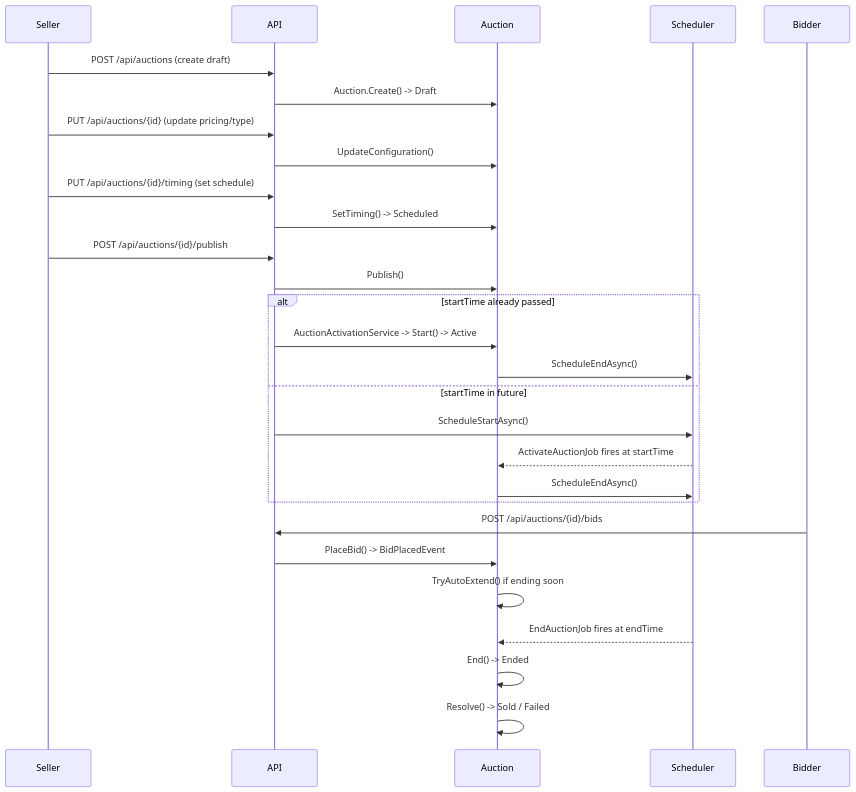
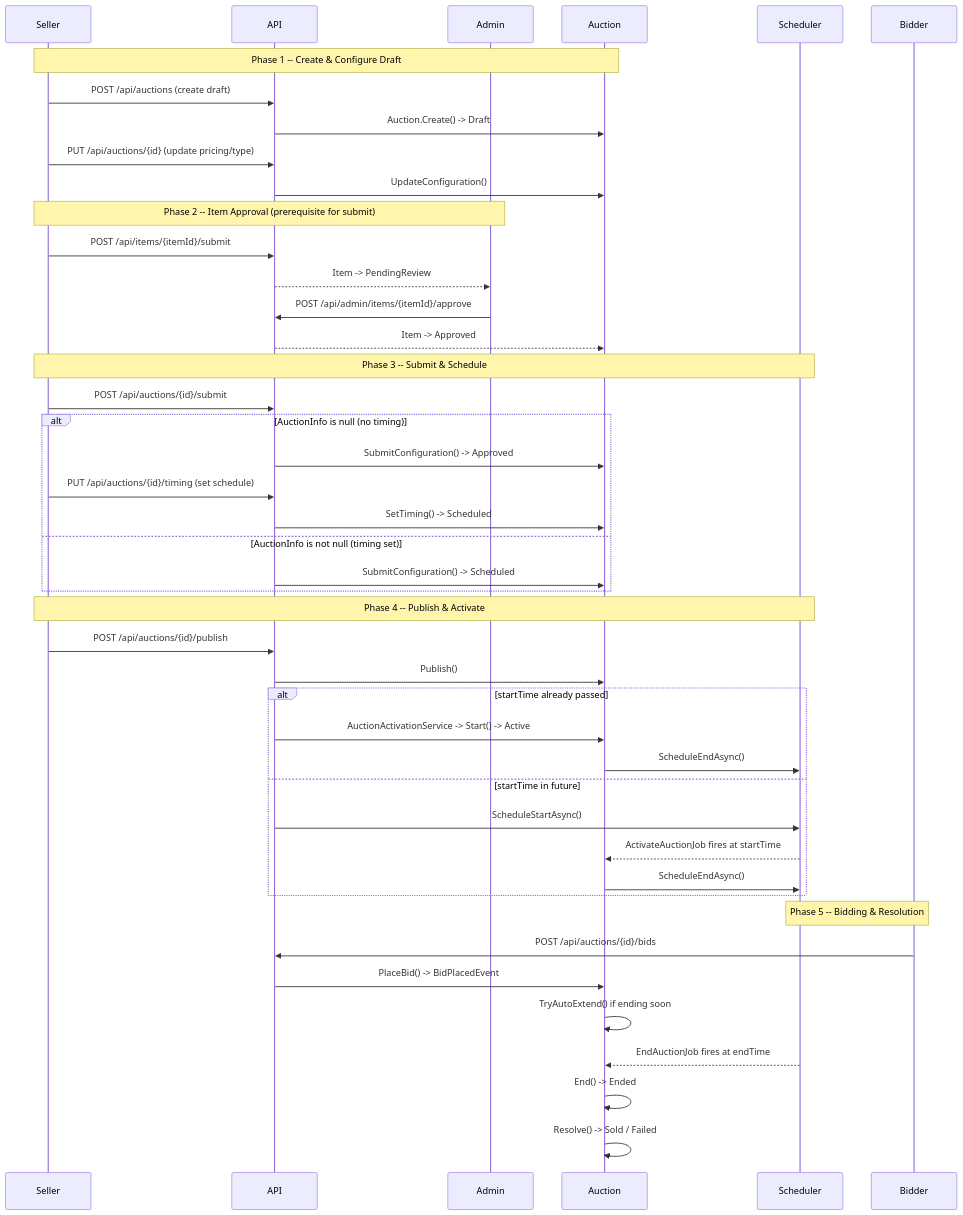
Before and after one commit to sep490-oio/backend: the second of 2 diagrams in docs/flows/06-auction-lifecycle/README.md, drawn with Mermaid. The commit also changed other lines of this file and 72 other files, not shown here.

Commit message:
Update auction submit flow docs: require item approval before submit, clarify timing prerequisites, and revise state transitions

````diff
--- a/docs/flows/06-auction-lifecycle/README.md
+++ b/docs/flows/06-auction-lifecycle/README.md
@@ -68,36 +63,53 @@
 ```mermaid
 sequenceDiagram
     participant Seller
     participant API
+    participant Admin
     participant Auction
     participant Scheduler
     participant Bidder
 
+    Note over Seller,Auction: Phase 1 -- Create & Configure Draft
     Seller->>API: POST /api/auctions (create draft)
     API->>Auction: Auction.Create() -> Draft
 
     Seller->>API: PUT /api/auctions/{id} (update pricing/type)
     API->>Auction: UpdateConfiguration()
 
-    Seller->>API: PUT /api/auctions/{id}/timing (set schedule)
-    API->>Auction: SetTiming() -> Scheduled
+    Note over Seller,Admin: Phase 2 -- Item Approval (prerequisite for submit)
+    Seller->>API: POST /api/items/{itemId}/submit
+    API-->>Admin: Item -> PendingReview
+    Admin->>API: POST /api/admin/items/{itemId}/approve
+    API-->>Auction: Item -> Approved
 
+    Note over Seller,Scheduler: Phase 3 -- Submit & Schedule
+    Seller->>API: POST /api/auctions/{id}/submit
+    alt AuctionInfo is null (no timing)
+        API->>Auction: SubmitConfiguration() -> Approved
+        Seller->>API: PUT /api/auctions/{id}/timing (set schedule)
+        API->>Auction: SetTiming() -> Scheduled
+    else AuctionInfo is not null (timing set)
+        API->>Auction: SubmitConfiguration() -> Scheduled
+    end
+
+    Note over Seller,Scheduler: Phase 4 -- Publish & Activate
     Seller->>API: POST /api/auctions/{id}/publish
     API->>Auction: Publish()
     alt startTime already passed
         API->>Auction: AuctionActivationService -> Start() -> Active
         Auction->>Scheduler: ScheduleEndAsync()
     else startTime in future
         API->>Scheduler: ScheduleStartAsync()
         Scheduler-->>Auction: ActivateAuctionJob fires at startTime
         Auction->>Scheduler: ScheduleEndAsync()
     end
 
+    Note over Bidder,Scheduler: Phase 5 -- Bidding & Resolution
     Bidder->>API: POST /api/auctions/{id}/bids
     API->>Auction: PlaceBid() -> BidPlacedEvent
     Auction->>Auction: TryAutoExtend() if ending soon
 
     Scheduler-->>Auction: EndAuctionJob fires at endTime
     Auction->>Auction: End() -> Ended
     Auction->>Auction: Resolve() -> Sold / Failed
 ```
````
